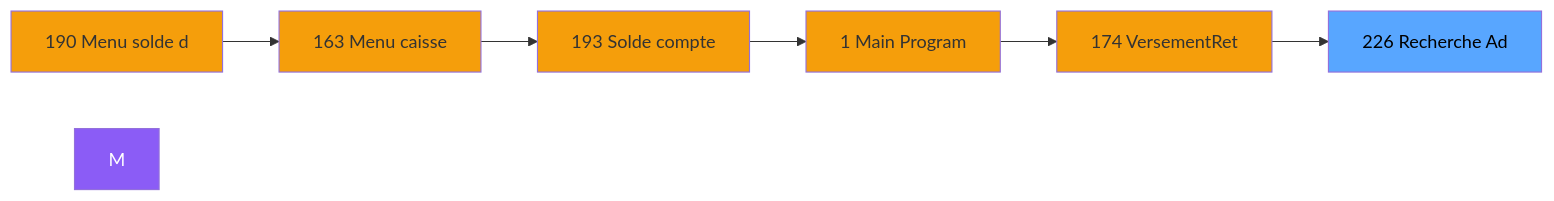
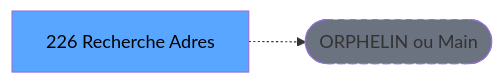
One commit to thonyAGP/lecteur-magic changed the second of 3 diagrams in .openspec/specs/ADH-IDE-226.md. Above: the diagram before and after it, drawn with Mermaid. The commit also changed other lines of this file and 701 other files, not shown here.

````diff
--- a/.openspec/specs/ADH-IDE-226.md
+++ b/.openspec/specs/ADH-IDE-226.md
@@ -125,21 +120,8 @@
 ```mermaid
 graph LR
-    N190[190 Menu solde d]
-    N163[163 Menu caisse ]
-    N193[193 Solde compte]
-    N1[1 Main Program]
-    N174[174 VersementRet]
-    T[226 Recherche Ad]
-    N190 --> N163
-    N163 --> N193
-    N193 --> N1
-    N1 --> N174
-    N174 --> T
-    style M fill:#8b5cf6,color:#fff
-    style N190 fill:#f59e0b
-    style N163 fill:#f59e0b
-    style N193 fill:#f59e0b
-    style N1 fill:#f59e0b
-    style N174 fill:#f59e0b
+    T[226 Recherche Adres]
+    ORPHAN([ORPHELIN ou Main])
+    T -.-> ORPHAN
     style T fill:#58a6ff,color:#000
+    style ORPHAN fill:#6b7280,stroke-dasharray: 5 5
 ```
````
